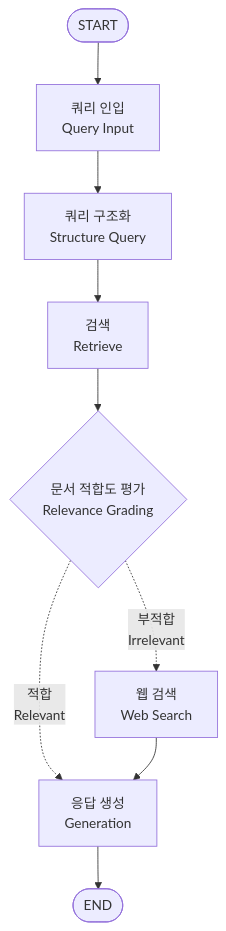
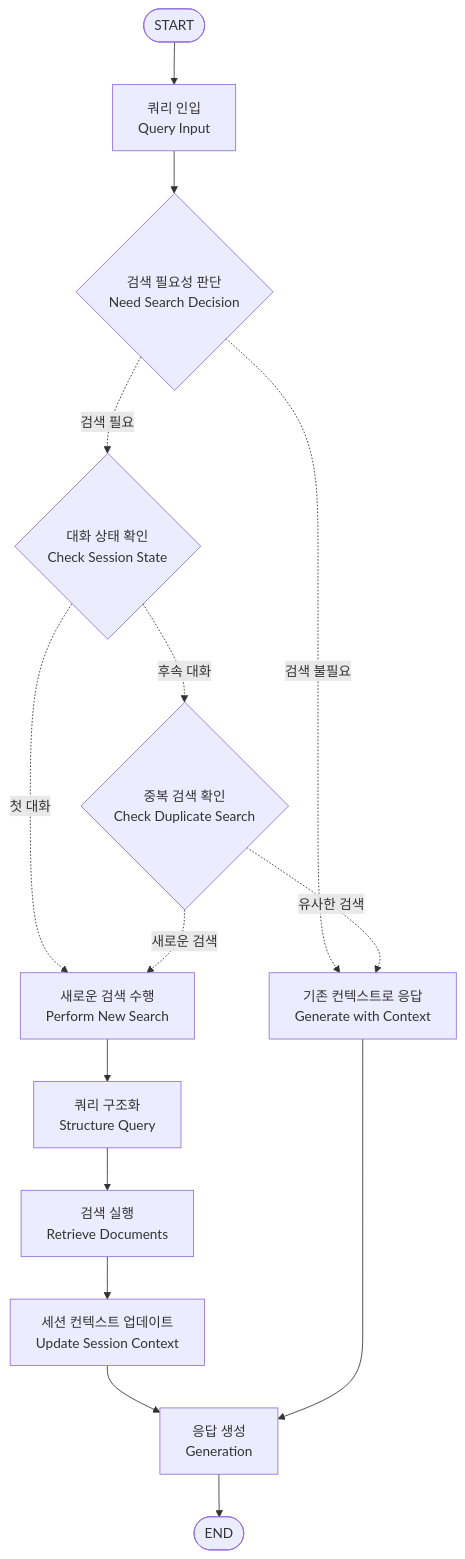
The diagram in README.md (yainage90/restaurant-search-llm-agent), drawn with Mermaid before and after one commit. The commit also changed other lines of this file, not shown here.

````diff
--- a/README.md
+++ b/README.md
@@ -80,19 +80,27 @@
 ```mermaid
 flowchart TD
     A([START]) --> B[쿼리 인입
-    Query Input];
-    B --> C[쿼리 구조화
-    Structure Query];
-    C --> D[검색
-    Retrieve];
-    D --> F{문서 적합도 평가
-    Relevance Grading};
-    F -. "적합
-    Relevant" .-> G[응답 생성
-    Generation];
-    F -. "부적합
-    Irrelevant" .-> H[웹 검색
-    Web Search];
-    H --> G;
-    G --> I([END]);
+    Query Input]
+    B --> C{검색 필요성 판단
+    Need Search Decision}
+    C -.->|"검색 필요"| D{대화 상태 확인
+    Check Session State}
+    C -.->|"검색 불필요"| K[기존 컨텍스트로 응답
+    Generate with Context]
+    D -.->|"첫 대화"| E[새로운 검색 수행
+    Perform New Search]
+    D -.->|"후속 대화"| F{중복 검색 확인
+    Check Duplicate Search}
+    F -.->|"유사한 검색"| K
+    F -.->|"새로운 검색"| E
+    E --> G[쿼리 구조화
+    Structure Query]
+    G --> H[검색 실행
+    Retrieve Documents]
+    H --> I[세션 컨텍스트 업데이트
+    Update Session Context]
+    I --> J[응답 생성
+    Generation]
+    K --> J
+    J --> L([END])
 ```
````
